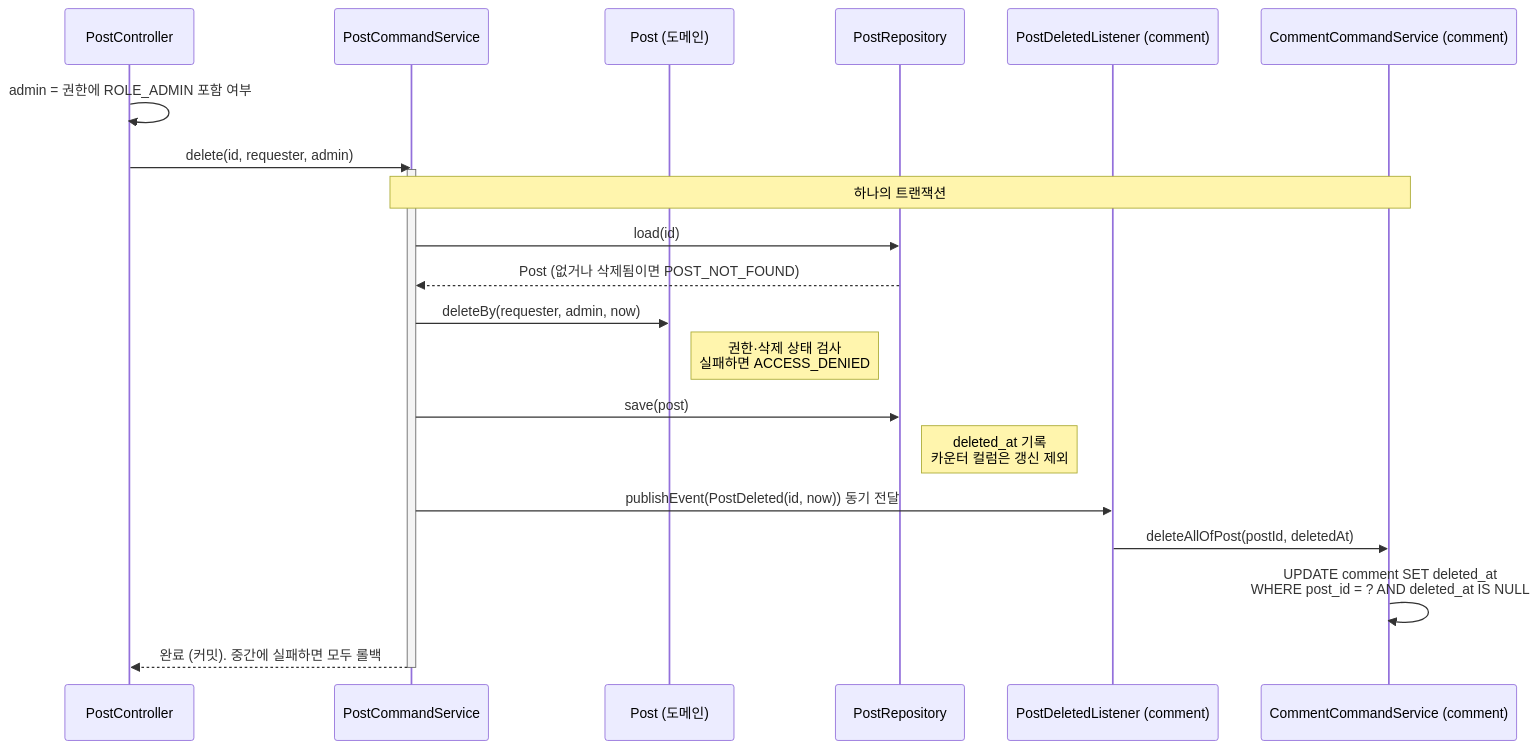
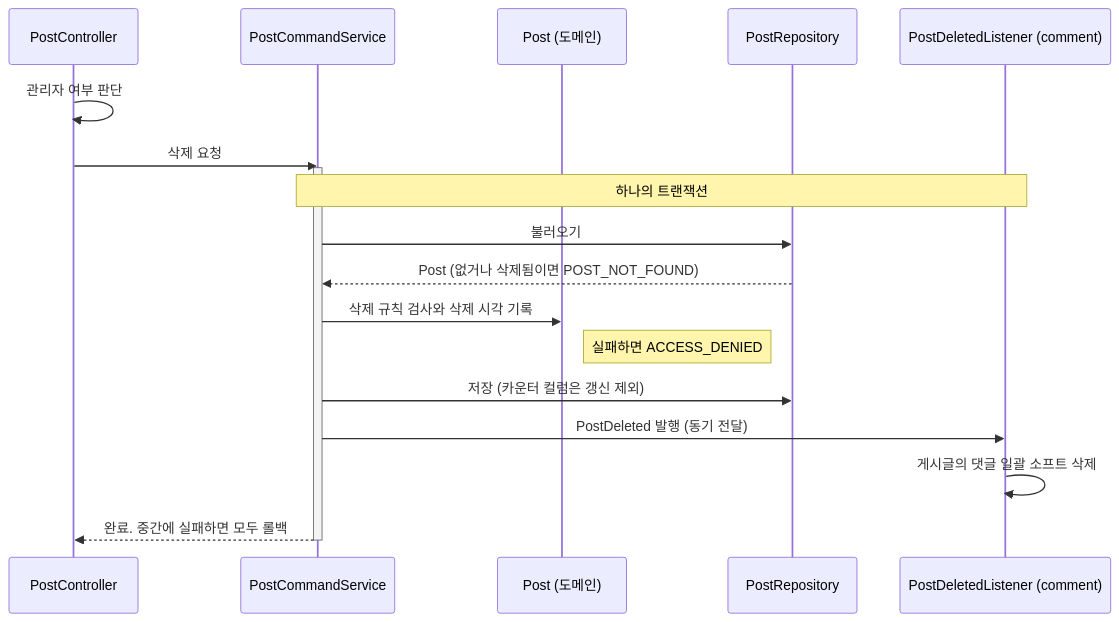
The second of 2 diagrams in docs/features/post/sds.md (HseongH/bbs), drawn with Mermaid before and after one commit. The commit also changed other lines of this file and 20 other files, not shown here.

````diff
--- a/docs/features/post/sds.md
+++ b/docs/features/post/sds.md
@@ -121,24 +90,21 @@
 ```mermaid
 sequenceDiagram
     participant C as PostController
     participant S as PostCommandService
     participant P as Post (도메인)
     participant R as PostRepository
     participant L as PostDeletedListener (comment)
-    participant CS as CommentCommandService (comment)
-    C->>C: admin = 권한에 ROLE_ADMIN 포함 여부
-    C->>S: delete(id, requester, admin)
+    C->>C: 관리자 여부 판단
+    C->>S: 삭제 요청
     activate S
-    Note over S,CS: 하나의 트랜잭션
-    S->>R: load(id)
+    Note over S,L: 하나의 트랜잭션
+    S->>R: 불러오기
     R-->>S: Post (없거나 삭제됨이면 POST_NOT_FOUND)
-    S->>P: deleteBy(requester, admin, now)
-    Note right of P: 권한·삭제 상태 검사<br/>실패하면 ACCESS_DENIED
-    S->>R: save(post)
-    Note right of R: deleted_at 기록<br/>카운터 컬럼은 갱신 제외
-    S->>L: publishEvent(PostDeleted(id, now)) 동기 전달
-    L->>CS: deleteAllOfPost(postId, deletedAt)
-    CS->>CS: UPDATE comment SET deleted_at<br/>WHERE post_id = ? AND deleted_at IS NULL
-    S-->>C: 완료 (커밋). 중간에 실패하면 모두 롤백
+    S->>P: 삭제 규칙 검사와 삭제 시각 기록
+    Note right of P: 실패하면 ACCESS_DENIED
+    S->>R: 저장 (카운터 컬럼은 갱신 제외)
+    S->>L: PostDeleted 발행 (동기 전달)
+    L->>L: 게시글의 댓글 일괄 소프트 삭제
+    S-->>C: 완료. 중간에 실패하면 모두 롤백
     deactivate S
 ```
````
